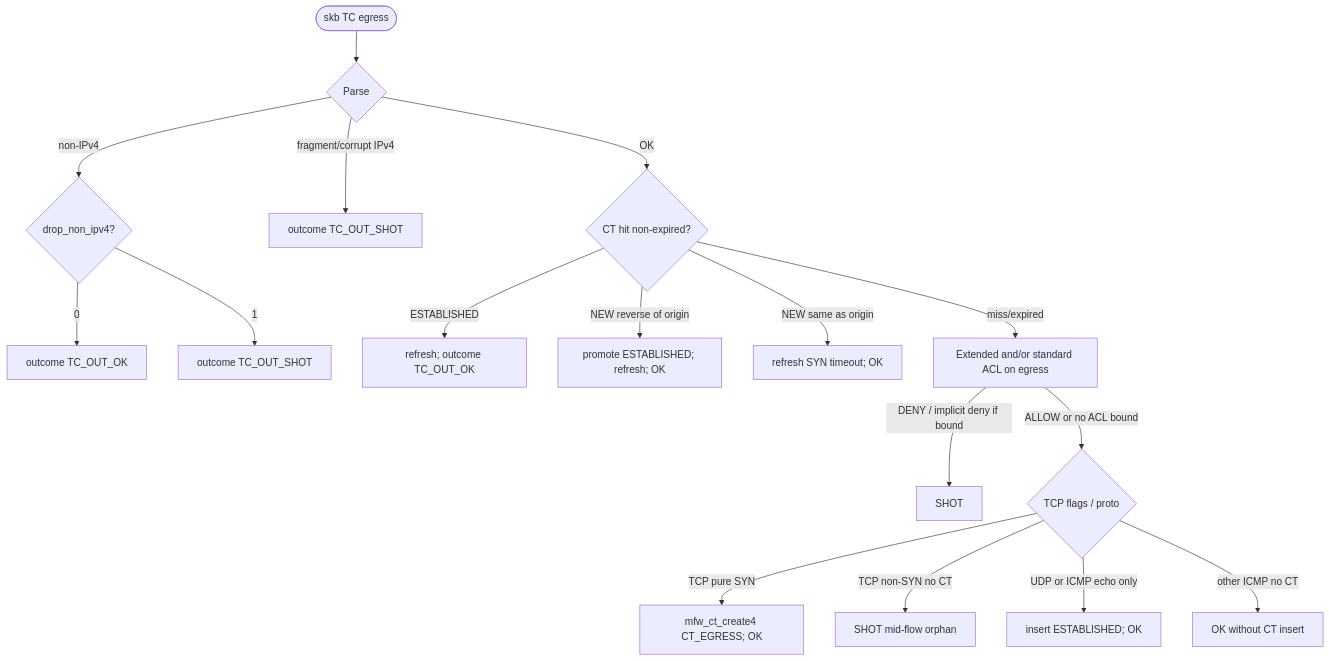
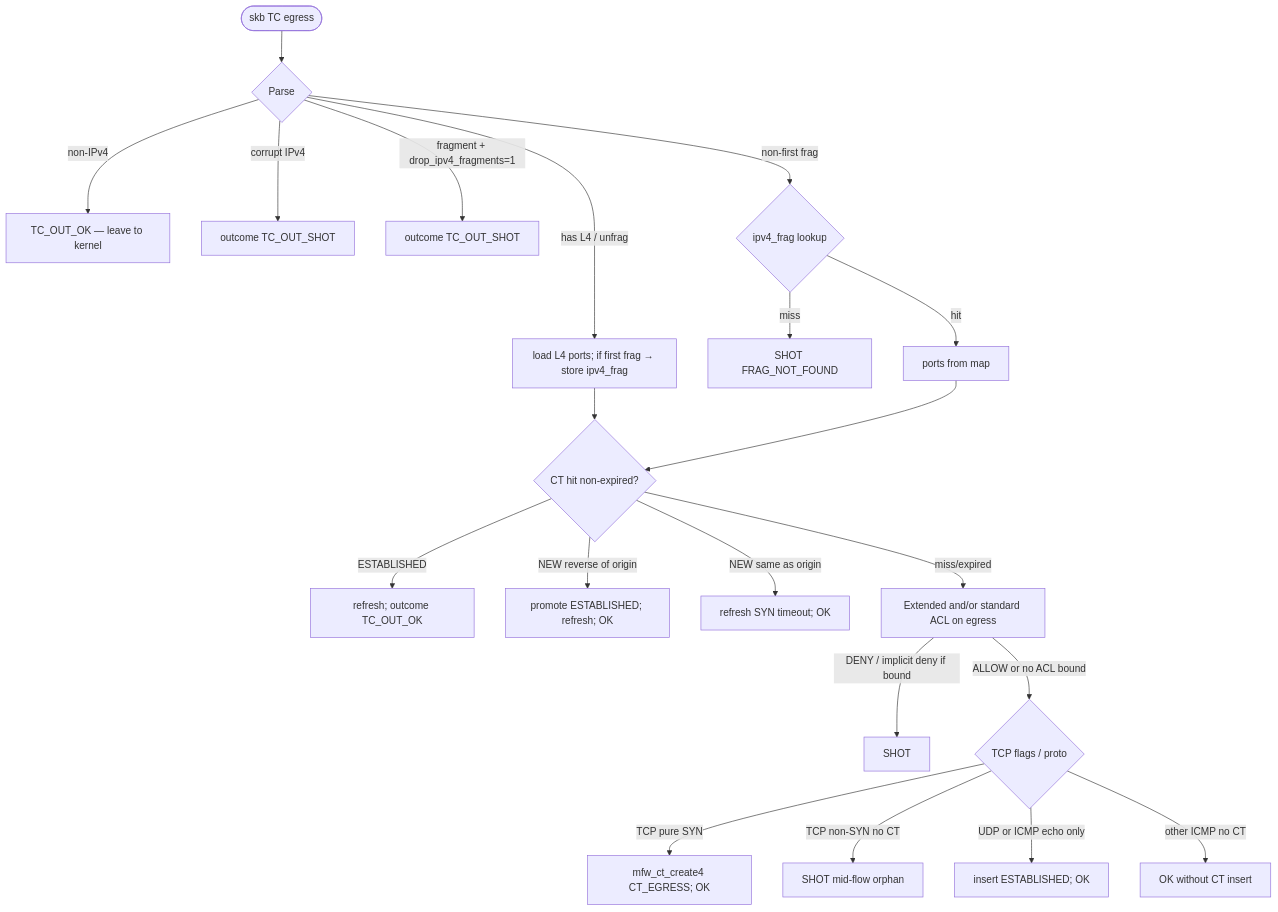
The third of 6 diagrams in docs/design.md (lynch1981/mini-fw), drawn with Mermaid before and after one commit. The commit also changed other lines of this file, not shown here.

First line of the commit message:
docs: refine mini-fw design (paths, frags, non-IPv4 pass)

````diff
--- a/docs/design.md
+++ b/docs/design.md
@@ -251,19 +282,24 @@
 ```mermaid
 flowchart TD
   START([skb TC egress]) --> PARSE{Parse}
-  PARSE -->|non-IPv4| NONIP{drop_non_ipv4?}
-  NONIP -->|0| OK_NON[outcome TC_OUT_OK]
-  NONIP -->|1| SHOT_NON[outcome TC_OUT_SHOT]
-  PARSE -->|fragment/corrupt IPv4| SHOT_P[outcome TC_OUT_SHOT]
-  PARSE -->|OK| CT{CT hit non-expired?}
+  PARSE -->|non-IPv4| OK_NON[TC_OUT_OK — leave to kernel]
+  PARSE -->|corrupt IPv4| SHOT_P[outcome TC_OUT_SHOT]
+  PARSE -->|fragment + drop_ipv4_fragments=1| SHOT_F[outcome TC_OUT_SHOT]
+  PARSE -->|has L4 / unfrag| L4[load L4 ports; if first frag → store ipv4_frag]
+  PARSE -->|non-first frag| FRAGMAP{ipv4_frag lookup}
+  FRAGMAP -->|miss| SHOT_NF[SHOT FRAG_NOT_FOUND]
+  FRAGMAP -->|hit| L4P[ports from map]
+  L4 --> CT
+  L4P --> CT
+  CT{CT hit non-expired?}
   CT -->|ESTABLISHED| REF[refresh; outcome TC_OUT_OK]
   CT -->|NEW reverse of origin| PROMO[promote ESTABLISHED; refresh; OK]
   CT -->|NEW same as origin| REF2[refresh SYN timeout; OK]
   CT -->|miss/expired| ACL[Extended and/or standard ACL on egress]
   ACL -->|DENY / implicit deny if bound| SHOT_A[SHOT]
   ACL -->|ALLOW or no ACL bound| FLAGS{TCP flags / proto}
   FLAGS -->|TCP pure SYN| INS_N[mfw_ct_create4 CT_EGRESS; OK]
   FLAGS -->|TCP non-SYN no CT| SHOT_M[SHOT mid-flow orphan]
   FLAGS -->|UDP or ICMP echo only| INS_E[insert ESTABLISHED; OK]
   FLAGS -->|other ICMP no CT| ACL_ONLY[OK without CT insert]
 ```
````
